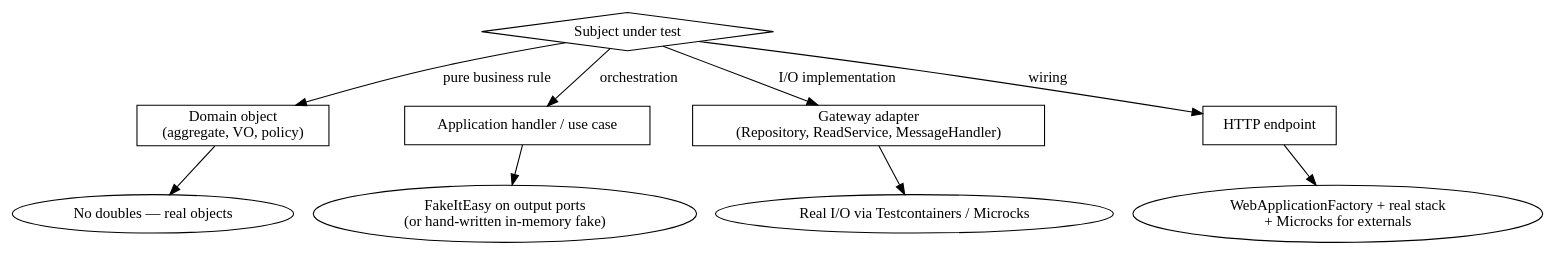
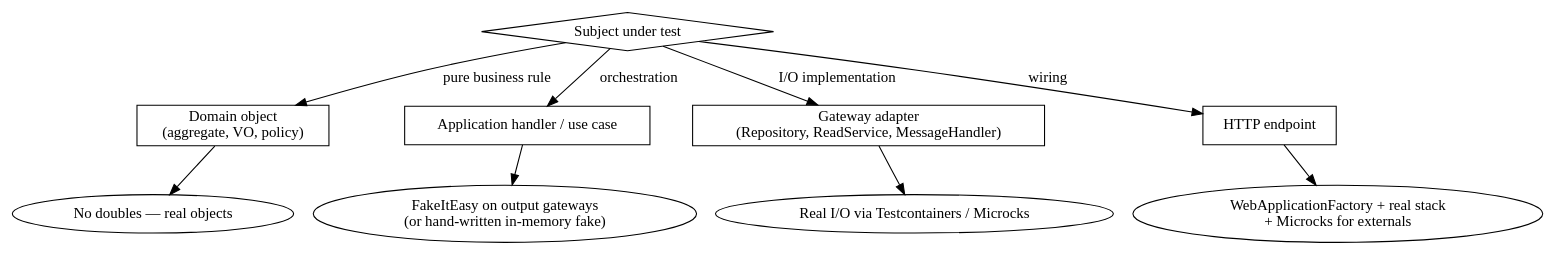
Before and after one commit to SebastienDegodez/skraft-plugin: the first of 2 diagrams in plugins/skills/clean-architecture-testing/references/doubles-decision-tree.md, drawn with Graphviz. The commit also changed other lines of this file and 2 other files, not shown here.

First line of the commit message:
fix(clean-architecture-testing): use Gateway instead of hexagonal Port

````diff
--- a/plugins/skills/clean-architecture-testing/references/doubles-decision-tree.md
+++ b/plugins/skills/clean-architecture-testing/references/doubles-decision-tree.md
@@ -7,19 +7,19 @@
 ```dot
 digraph doubles {
     "Subject under test" [shape=diamond];
     "Domain object\n(aggregate, VO, policy)" [shape=box];
     "Application handler / use case" [shape=box];
     "Gateway adapter\n(Repository, ReadService, MessageHandler)" [shape=box];
     "HTTP endpoint" [shape=box];
 
     "Subject under test" -> "Domain object\n(aggregate, VO, policy)" [label="pure business rule"];
     "Subject under test" -> "Application handler / use case" [label="orchestration"];
     "Subject under test" -> "Gateway adapter\n(Repository, ReadService, MessageHandler)" [label="I/O implementation"];
     "Subject under test" -> "HTTP endpoint" [label="wiring"];
 
     "Domain object\n(aggregate, VO, policy)" -> "No doubles — real objects";
-    "Application handler / use case" -> "FakeItEasy on output ports\n(or hand-written in-memory fake)";
+    "Application handler / use case" -> "FakeItEasy on output gateways\n(or hand-written in-memory fake)";
     "Gateway adapter\n(Repository, ReadService, MessageHandler)" -> "Real I/O via Testcontainers / Microcks";
     "HTTP endpoint" -> "WebApplicationFactory + real stack\n+ Microcks for externals";
 }
 ```
````
